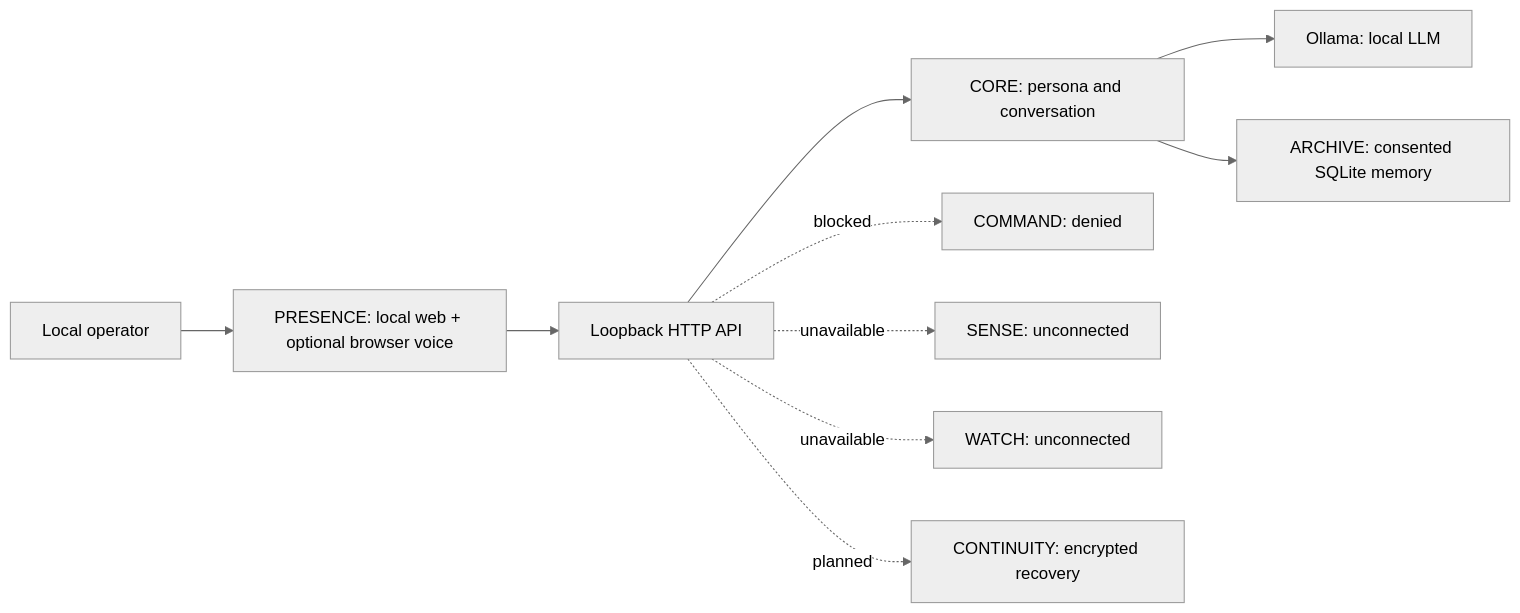
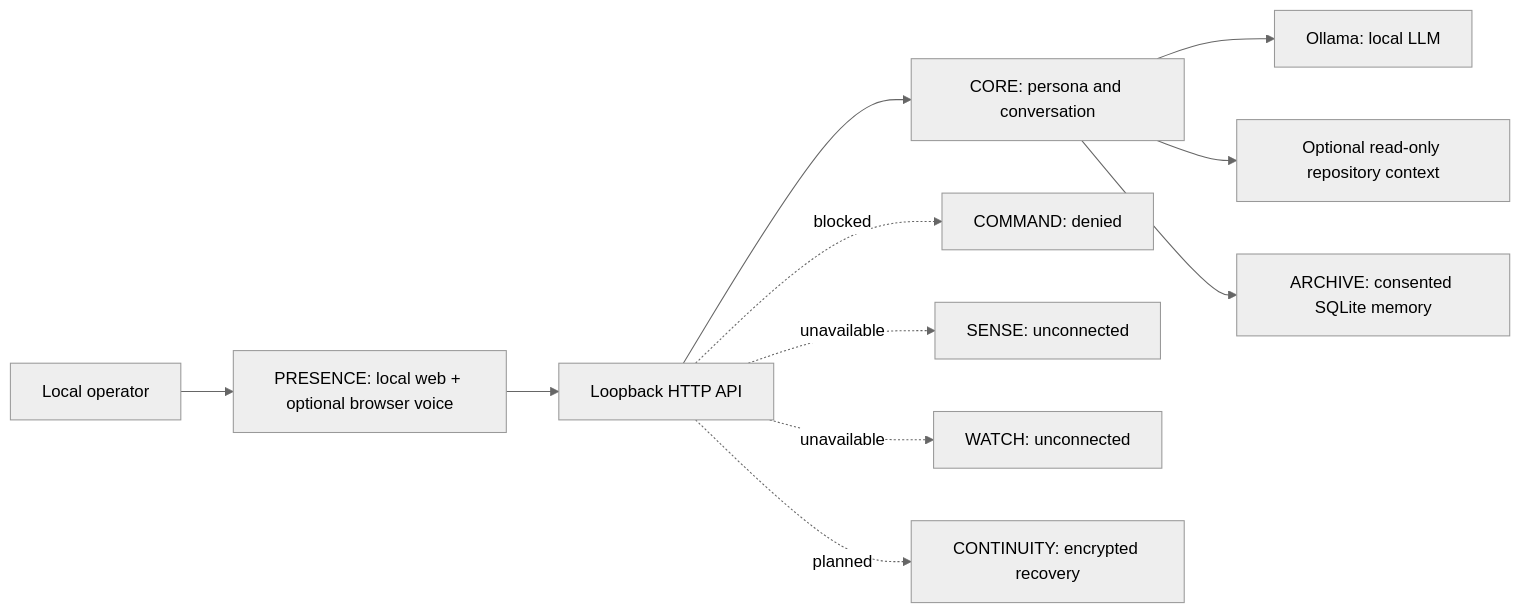
The diagram in docs/ARCHITECTURE.md (DevelopPioneerNavigate/DPN-Astra), drawn with Mermaid (neutral theme) before and after one commit. The commit also changed other lines of this file and 13 other files, not shown here.

First line of the commit message:
Add read-only repository inspection foundation

````diff
--- a/docs/ARCHITECTURE.md
+++ b/docs/ARCHITECTURE.md
@@ -7,12 +7,13 @@
 ```mermaid
 flowchart LR
   Operator[Local operator] --> Presence[PRESENCE: local web + optional browser voice]
   Presence --> API[Loopback HTTP API]
   API --> Core[CORE: persona and conversation]
   Core --> Ollama[Ollama: local LLM]
+  Core --> Repo[Optional read-only repository context]
   Core --> Archive[ARCHIVE: consented SQLite memory]
   API -. blocked .-> Command[COMMAND: denied]
   API -. unavailable .-> Sense[SENSE: unconnected]
   API -. unavailable .-> Watch[WATCH: unconnected]
   API -. planned .-> Continuity[CONTINUITY: encrypted recovery]
 ```
````
